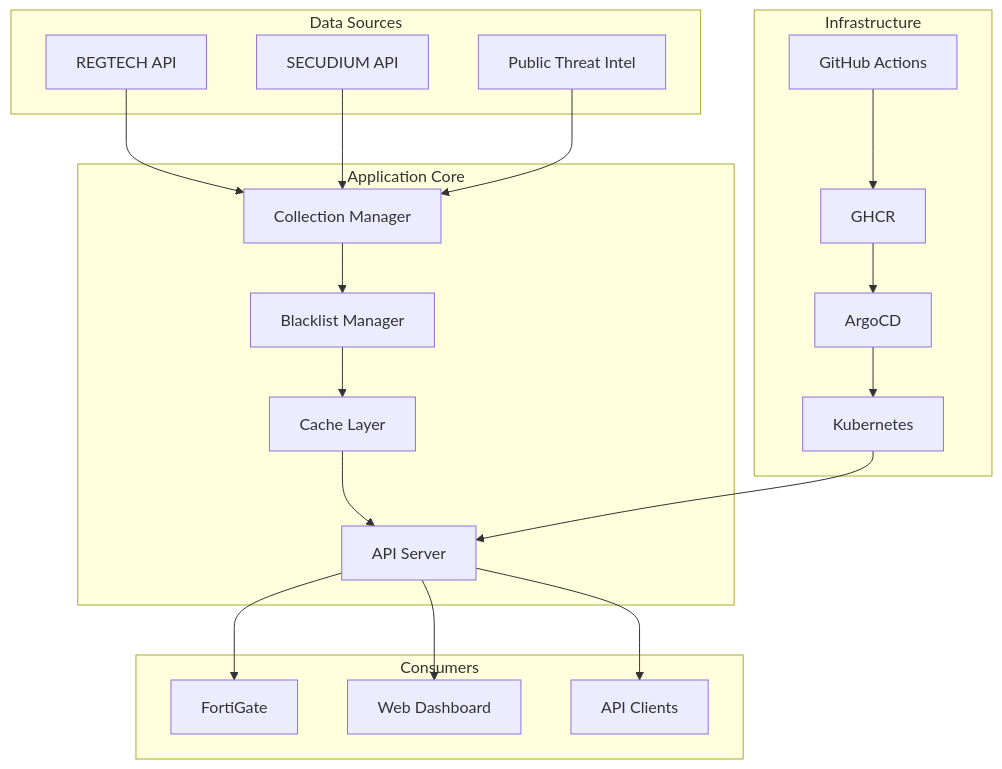
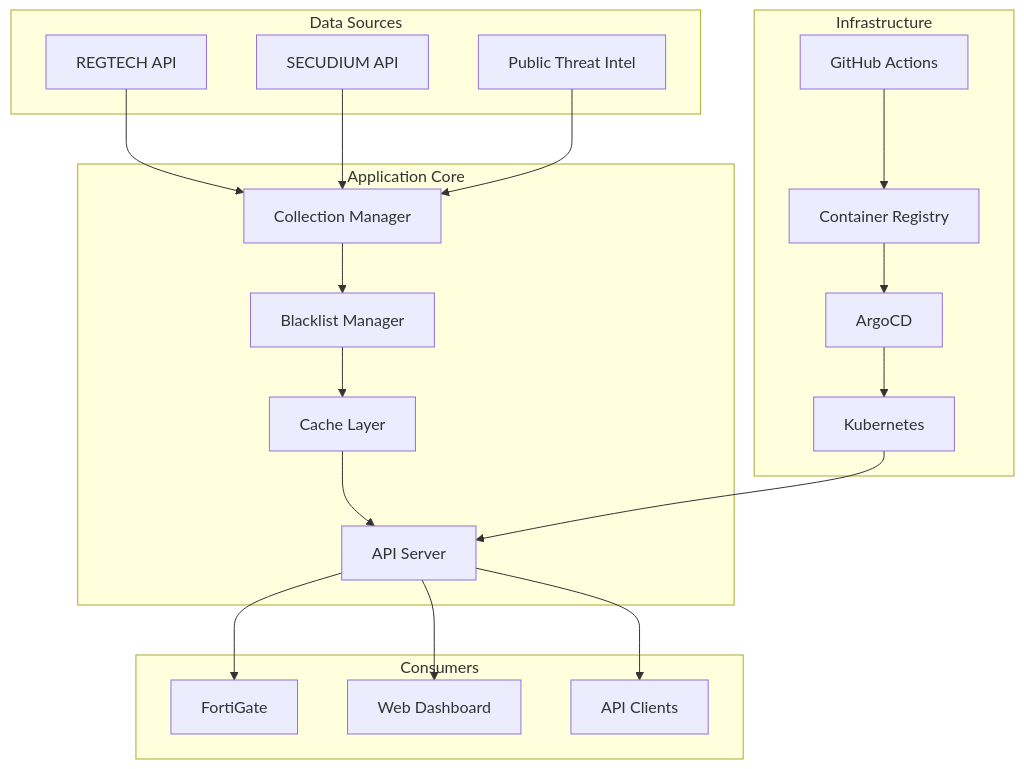
The diagram in README.md (JCLEE94/blacklist), drawn with Mermaid before and after one commit. The commit also changed other lines of this file and 18 other files, not shown here.

````diff
--- a/README.md
+++ b/README.md
@@ -58,43 +63,43 @@
 ```mermaid
 graph TB
     subgraph "Data Sources"
         A[REGTECH API]
         B[SECUDIUM API]
         C[Public Threat Intel]
     end
     
     subgraph "Application Core"
         D[Collection Manager]
         E[Blacklist Manager]
         F[Cache Layer]
         G[API Server]
     end
     
     subgraph "Infrastructure"
         H[GitHub Actions]
-        I[GHCR]
+        I[Container Registry]
         J[ArgoCD]
         K[Kubernetes]
     end
     
     subgraph "Consumers"
         L[FortiGate]
         M[Web Dashboard]
         N[API Clients]
     end
     
     A --> D
     B --> D
     C --> D
     D --> E
     E --> F
     F --> G
     G --> L
     G --> M
     G --> N
     
     H --> I
     I --> J
     J --> K
     K --> G
 ```
````
